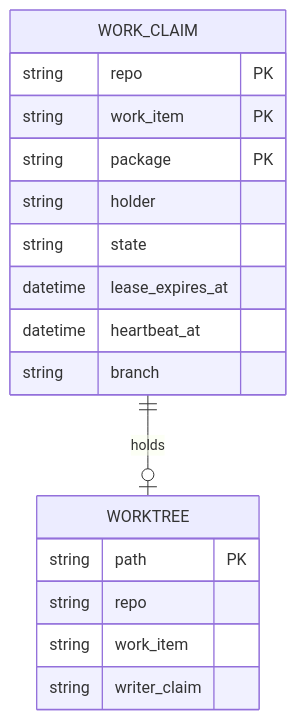
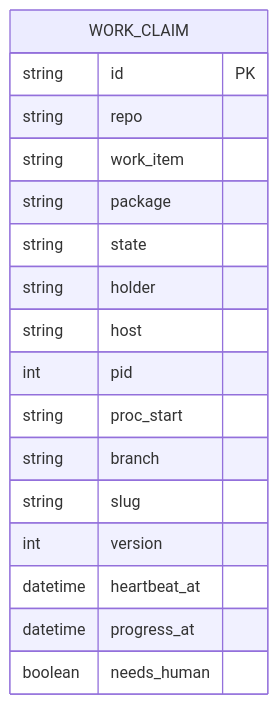
The diagram in docs/work/branch-conventions/data.md (sibulus13/claudence), drawn with Mermaid before and after one commit. The commit also changed other lines of this file and 9 other files, not shown here.

First line of the commit message:
docs(work): branch-conventions fix round; worktree-reaper child item; gap-ledger checks

````diff
--- a/docs/work/branch-conventions/data.md
+++ b/docs/work/branch-conventions/data.md
@@ -3,20 +3,20 @@
 ```mermaid
 erDiagram
-  WORK_CLAIM ||--o| WORKTREE : holds
   WORK_CLAIM {
-    string repo PK
-    string work_item PK
-    string package PK
-    string holder
-    string state
-    datetime lease_expires_at
-    datetime heartbeat_at
-    string branch
-  }
-  WORKTREE {
-    string path PK
+    string id PK
     string repo
     string work_item
-    string writer_claim
+    string package
+    string state
+    string holder
+    string host
+    int pid
+    string proc_start
+    string branch
+    string slug
+    int version
+    datetime heartbeat_at
+    datetime progress_at
+    boolean needs_human
   }
 ```
````
